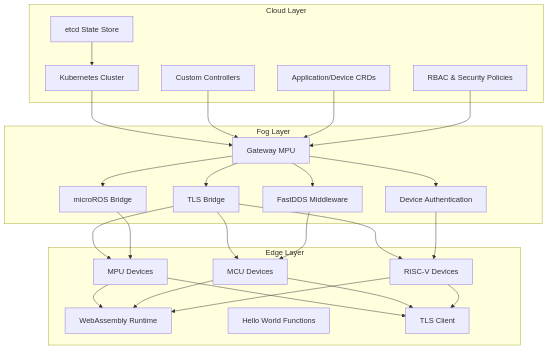
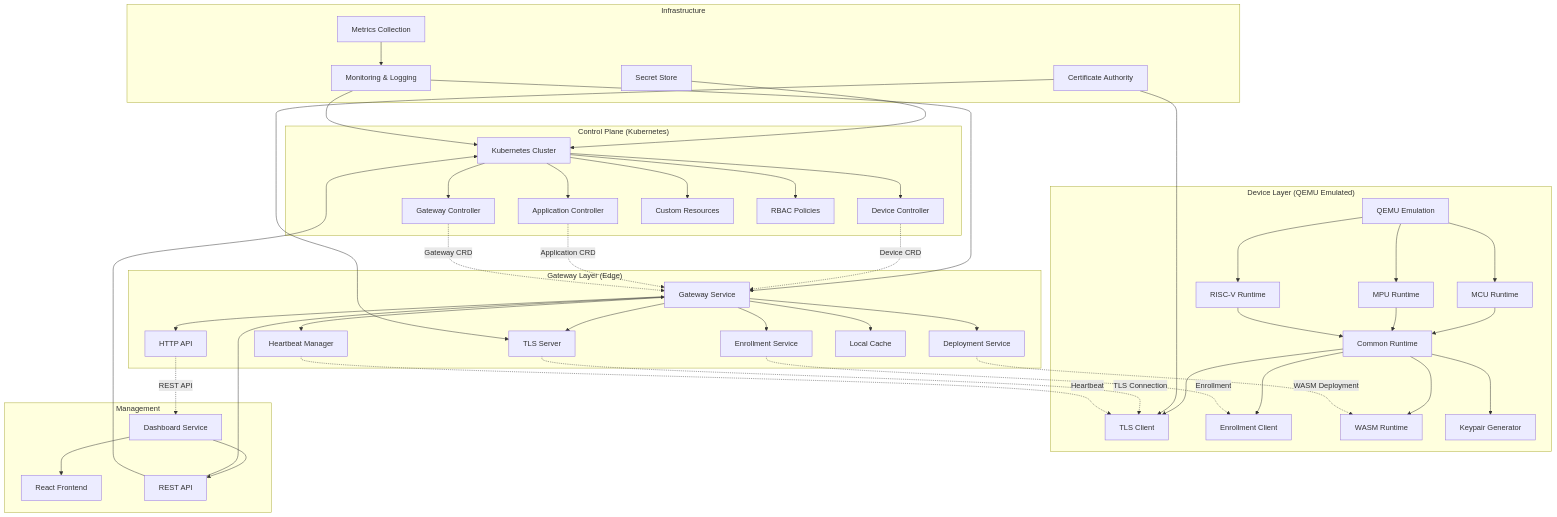
The first of 4 diagrams in README.md (lucadagati/retrospect), drawn with Mermaid before and after one commit. The commit also changed other lines of this file and 148 other files, not shown here.

````diff
--- a/README.md
+++ b/README.md
@@ -32,52 +25,92 @@
 ```mermaid
 graph TB
-    subgraph "Cloud Layer"
-        K8S[Kubernetes Cluster]
-        CTRL[Custom Controllers]
-        CRD[Application/Device CRDs]
-        RBAC[RBAC & Security Policies]
-        ETCD[etcd State Store]
+    subgraph "Control Plane (Kubernetes)"
+        CP[Kubernetes Cluster]
+        DC[Device Controller]
+        AC[Application Controller]
+        GC[Gateway Controller]
+        CRD[Custom Resources]
+        RBAC[RBAC Policies]
+        
+        CP --> DC
+        CP --> AC
+        CP --> GC
+        CP --> CRD
+        CP --> RBAC
     end
     
-    subgraph "Fog Layer"
-        GW[Gateway MPU]
-        TLS[TLS Bridge]
-        MR[microROS Bridge]
-        FDDS[FastDDS Middleware]
-        AUTH[Device Authentication]
+    subgraph "Gateway Layer (Edge)"
+        GW[Gateway Service]
+        TLS[TLS Server]
+        HTTP[HTTP API]
+        ENR[Enrollment Service]
+        DEP[Deployment Service]
+        HB[Heartbeat Manager]
+        CACHE[Local Cache]
+        
+        GW --> TLS
+        GW --> HTTP
+        GW --> ENR
+        GW --> DEP
+        GW --> HB
+        GW --> CACHE
     end
     
-    subgraph "Edge Layer"
-        MPU[MPU Devices]
-        MCU[MCU Devices]
-        RISCV[RISC-V Devices]
-        WASM[WebAssembly Runtime]
-        HW[Hello World Functions]
-        TLS_CLIENT[TLS Client]
+    subgraph "Device Layer (QEMU Emulated)"
+        QEMU[QEMU Emulation]
+        MCU[MCU Runtime]
+        MPU[MPU Runtime]
+        RISC[RISC-V Runtime]
+        RT[Common Runtime]
+        TLS_C[TLS Client]
+        ENR_C[Enrollment Client]
+        WASM[WASM Runtime]
+        KP[Keypair Generator]
+        
+        QEMU --> MCU
+        QEMU --> MPU
+        QEMU --> RISC
+        MCU --> RT
+        MPU --> RT
+        RISC --> RT
+        RT --> TLS_C
+        RT --> ENR_C
+        RT --> WASM
+        RT --> KP
     end
     
-    K8S --> GW
-    CTRL --> GW
-    CRD --> GW
-    RBAC --> GW
-    ETCD --> K8S
+    subgraph "Infrastructure"
+        CA[Certificate Authority]
+        SS[Secret Store]
+        MON[Monitoring & Logging]
+        METRICS[Metrics Collection]
+        
+        CA --> TLS
+        CA --> TLS_C
+        SS --> CP
+        MON --> GW
+        MON --> CP
+        METRICS --> MON
+    end
     
-    GW --> TLS
-    GW --> MR
-    GW --> FDDS
-    GW --> AUTH
+    subgraph "Management"
+        DASH[Dashboard Service]
+        REACT[React Frontend]
+        API[REST API]
+        
+        DASH --> REACT
+        DASH --> API
+        API --> GW
+        API --> CP
+    end
     
-    TLS --> MPU
-    TLS --> MCU
-    TLS --> RISCV
-    MR --> MPU
-    FDDS --> MCU
-    AUTH --> RISCV
-    
-    MPU --> WASM
-    MCU --> WASM
-    RISCV --> WASM
-    MPU --> TLS_CLIENT
-    MCU --> TLS_CLIENT
-    RISCV --> TLS_CLIENT
+    %% Connections
+    DC -.->|Device CRD| GW
+    AC -.->|Application CRD| GW
+    GC -.->|Gateway CRD| GW
+    TLS -.->|TLS Connection| TLS_C
+    HTTP -.->|REST API| DASH
+    ENR -.->|Enrollment| ENR_C
+    DEP -.->|WASM Deployment| WASM
+    HB -.->|Heartbeat| TLS_C
 ```
````
